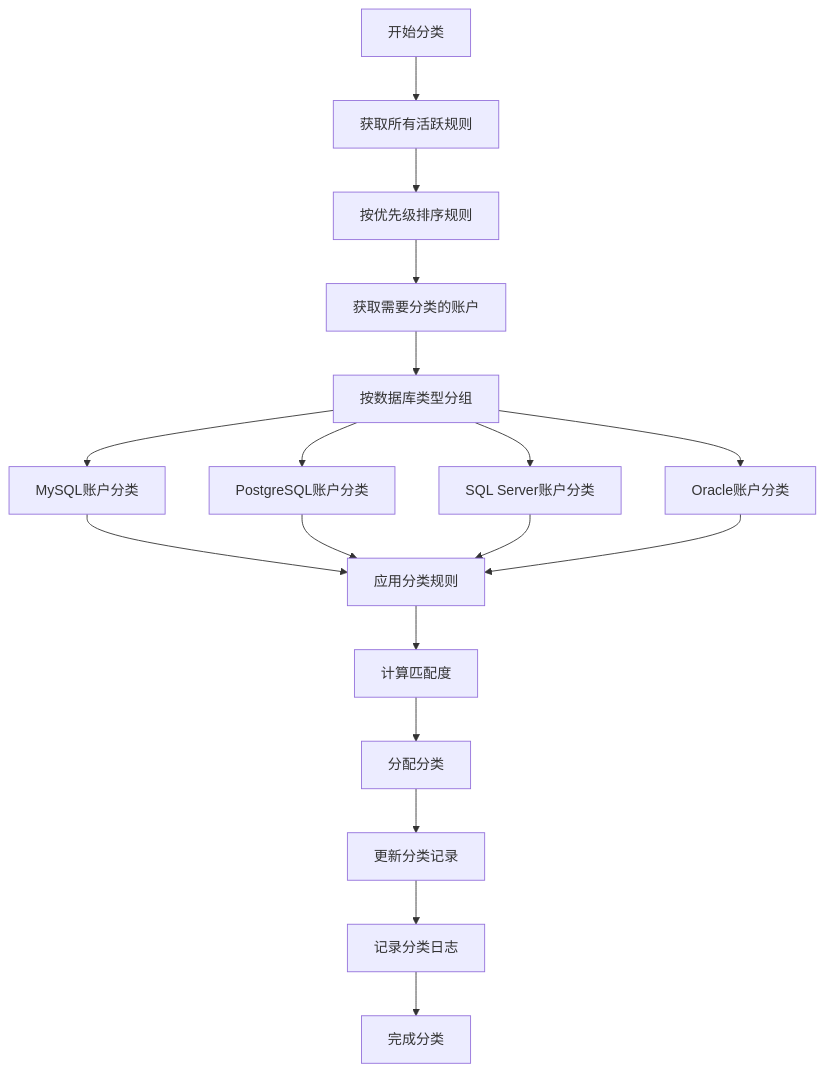
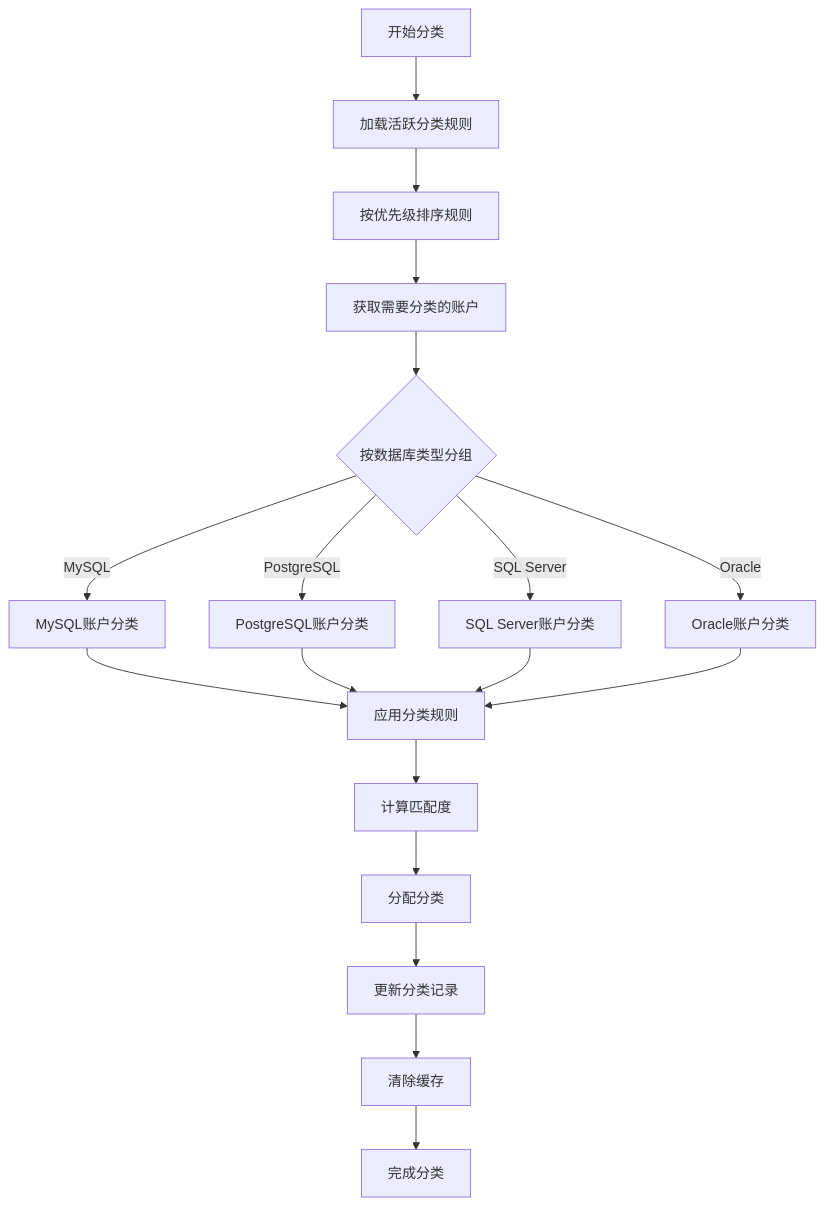
The fifth of 11 diagrams in docs/architecture/spec.md (nyealovey/WhaleFall), drawn with Mermaid before and after one commit. The commit also changed other lines of this file and 13 other files, not shown here.

````diff
--- a/docs/architecture/spec.md
+++ b/docs/architecture/spec.md
@@ -387,20 +450,20 @@
 ```mermaid
 flowchart TD
-    A[开始分类] --> B[获取所有活跃规则]
+    A[开始分类] --> B[加载活跃分类规则]
     B --> C[按优先级排序规则]
     C --> D[获取需要分类的账户]
-    D --> E[按数据库类型分组]
-    E --> F[MySQL账户分类]
-    E --> G[PostgreSQL账户分类]
-    E --> H[SQL Server账户分类]
-    E --> I[Oracle账户分类]
+    D --> E{按数据库类型分组}
+    E -->|MySQL| F[MySQL账户分类]
+    E -->|PostgreSQL| G[PostgreSQL账户分类]
+    E -->|SQL Server| H[SQL Server账户分类]
+    E -->|Oracle| I[Oracle账户分类]
     F --> J[应用分类规则]
     G --> J
     H --> J
     I --> J
     J --> K[计算匹配度]
     K --> L[分配分类]
     L --> M[更新分类记录]
-    M --> N[记录分类日志]
+    M --> N[清除缓存]
     N --> O[完成分类]
 ```
````
